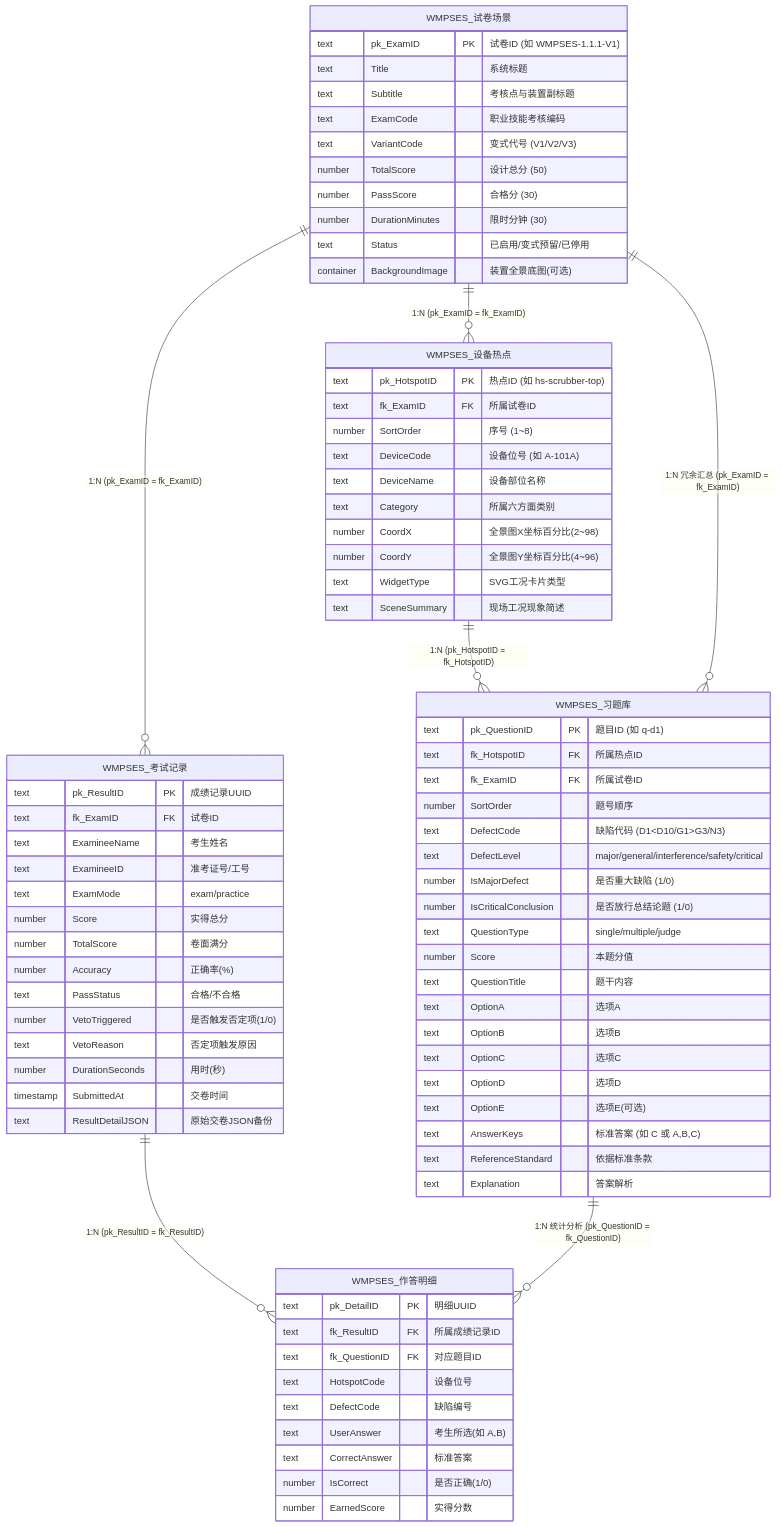
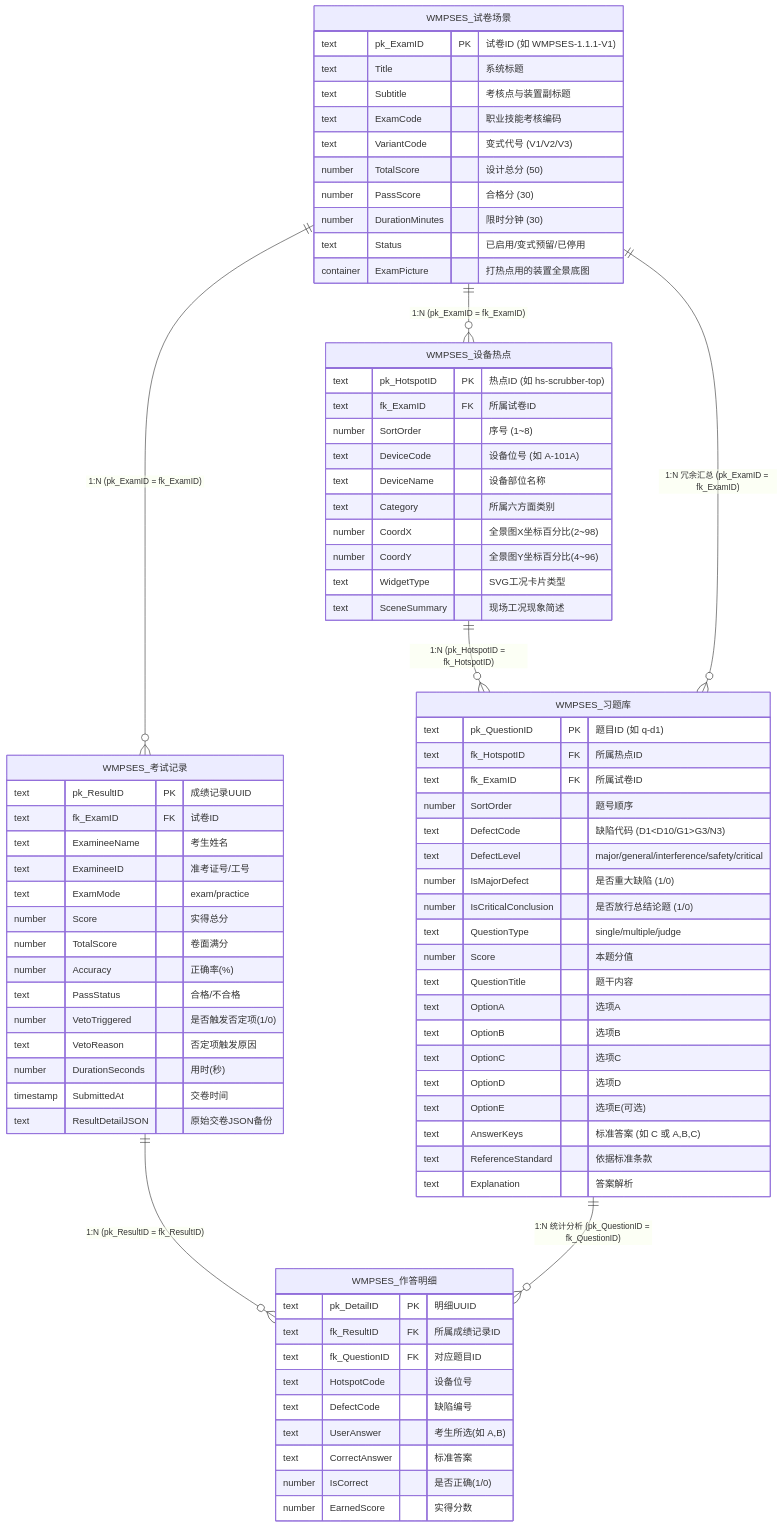
The diagram in filemaker_script/FileMaker题库数据库表结构设计手册.md (jxtanchris/WMPSES), drawn with Mermaid before and after one commit. The commit also changed other lines of this file and 17 other files, not shown here.

```diff
--- a/filemaker_script/FileMaker题库数据库表结构设计手册.md
+++ b/filemaker_script/FileMaker题库数据库表结构设计手册.md
@@ -25,7 +25,7 @@
         number PassScore "合格分 (30)"
         number DurationMinutes "限时分钟 (30)"
         text Status "已启用/变式预留/已停用"
-        container BackgroundImage "装置全景底图(可选)"
+        container ExamPicture "打热点用的装置全景底图"
     }
 
     WMPSES_设备热点 {
```
